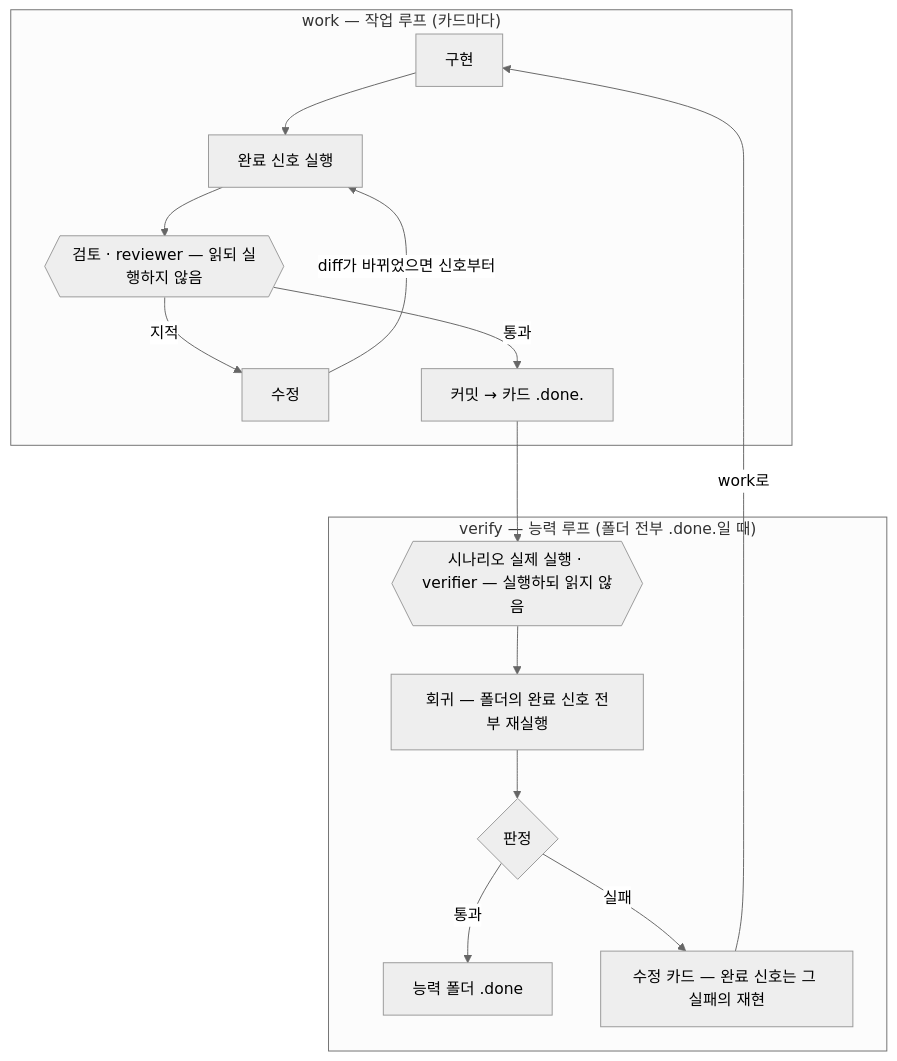
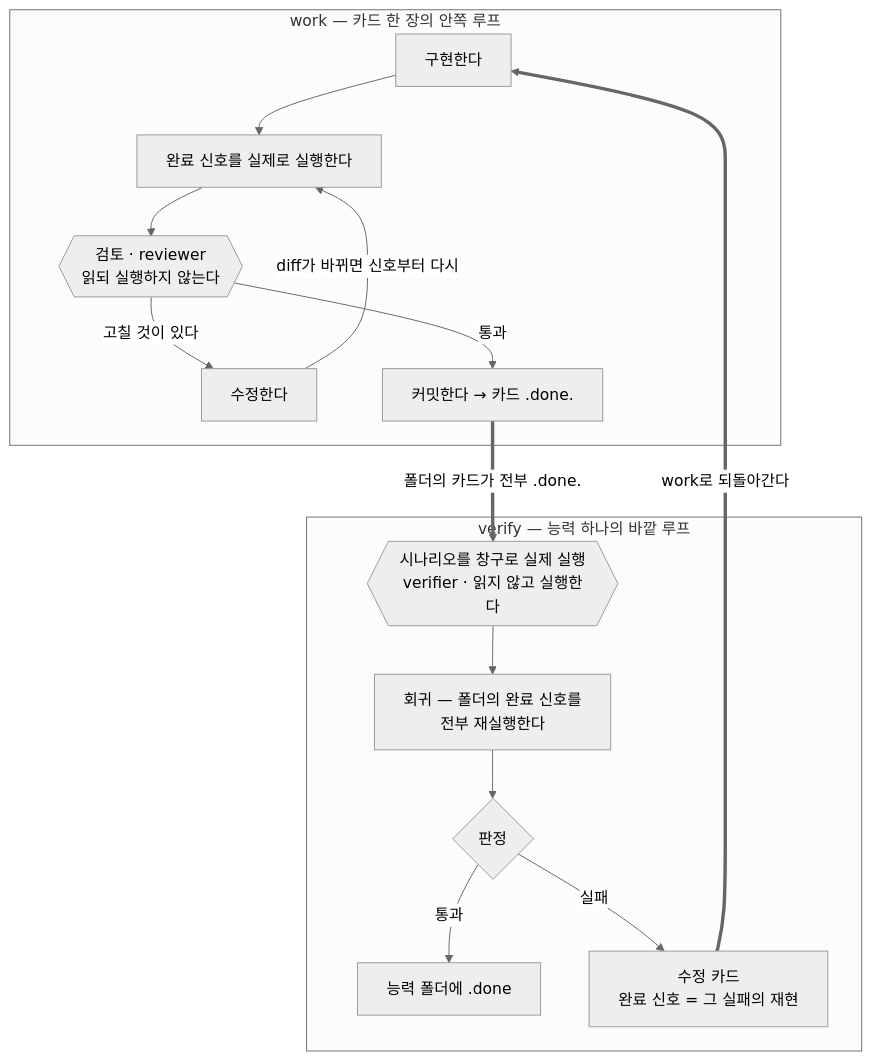
The third of 5 diagrams in README_ko.md (nanomia-ai/devflow), drawn with Mermaid (neutral theme) before and after one commit. The commit also changed other lines of this file and 5 other files, not shown here.

````diff
--- a/README_ko.md
+++ b/README_ko.md
@@ -158,18 +156,18 @@
 ```mermaid
 flowchart TB
-    subgraph W["work — 작업 루프 (카드마다)"]
-        I[구현] --> CS[완료 신호 실행]
-        CS --> RV{{"검토 · reviewer — 읽되 실행하지 않음"}}
-        RV -->|지적| FX[수정]
-        FX -->|"diff가 바뀌었으면 신호부터"| CS
-        RV -->|통과| CM["커밋 → 카드 .done."]
+    subgraph W["work — 카드 한 장의 안쪽 루프"]
+        I["구현한다"] --> CS["완료 신호를 실제로 실행한다"]
+        CS --> RV{{"검토 · reviewer<br>읽되 실행하지 않는다"}}
+        RV -->|"고칠 것이 있다"| FX["수정한다"]
+        FX -->|"diff가 바뀌면 신호부터 다시"| CS
+        RV -->|"통과"| CM["커밋한다 → 카드 .done."]
     end
-    subgraph V["verify — 능력 루프 (폴더 전부 .done.일 때)"]
-        SC{{"시나리오 실제 실행 · verifier — 실행하되 읽지 않음"}} --> RG["회귀 — 폴더의 완료 신호 전부 재실행"]
-        RG --> VD{판정}
-        VD -->|통과| CD["능력 폴더 .done"]
-        VD -->|실패| FC["수정 카드 — 완료 신호는 그 실패의 재현"]
+    subgraph V["verify — 능력 하나의 바깥 루프"]
+        SC{{"시나리오를 창구로 실제 실행<br>verifier · 읽지 않고 실행한다"}} --> RG["회귀 — 폴더의 완료 신호를<br>전부 재실행한다"]
+        RG --> VD{"판정"}
+        VD -->|"통과"| CD["능력 폴더에 .done"]
+        VD -->|"실패"| FC["수정 카드<br>완료 신호 = 그 실패의 재현"]
     end
-    CM --> SC
-    FC -->|work로| I
+    CM ==>|"폴더의 카드가 전부 .done."| SC
+    FC ==>|"work로 되돌아간다"| I
 ```
````
